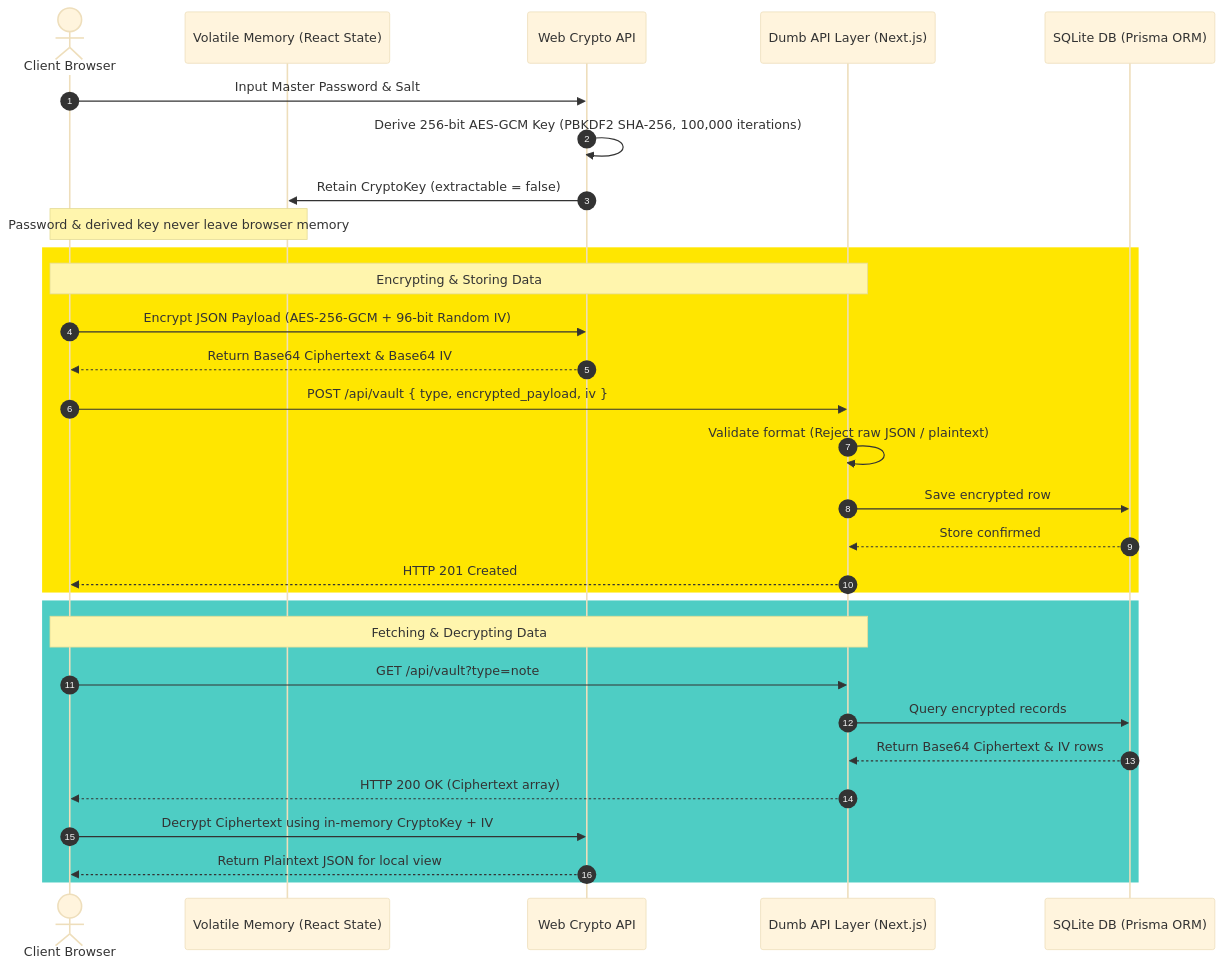
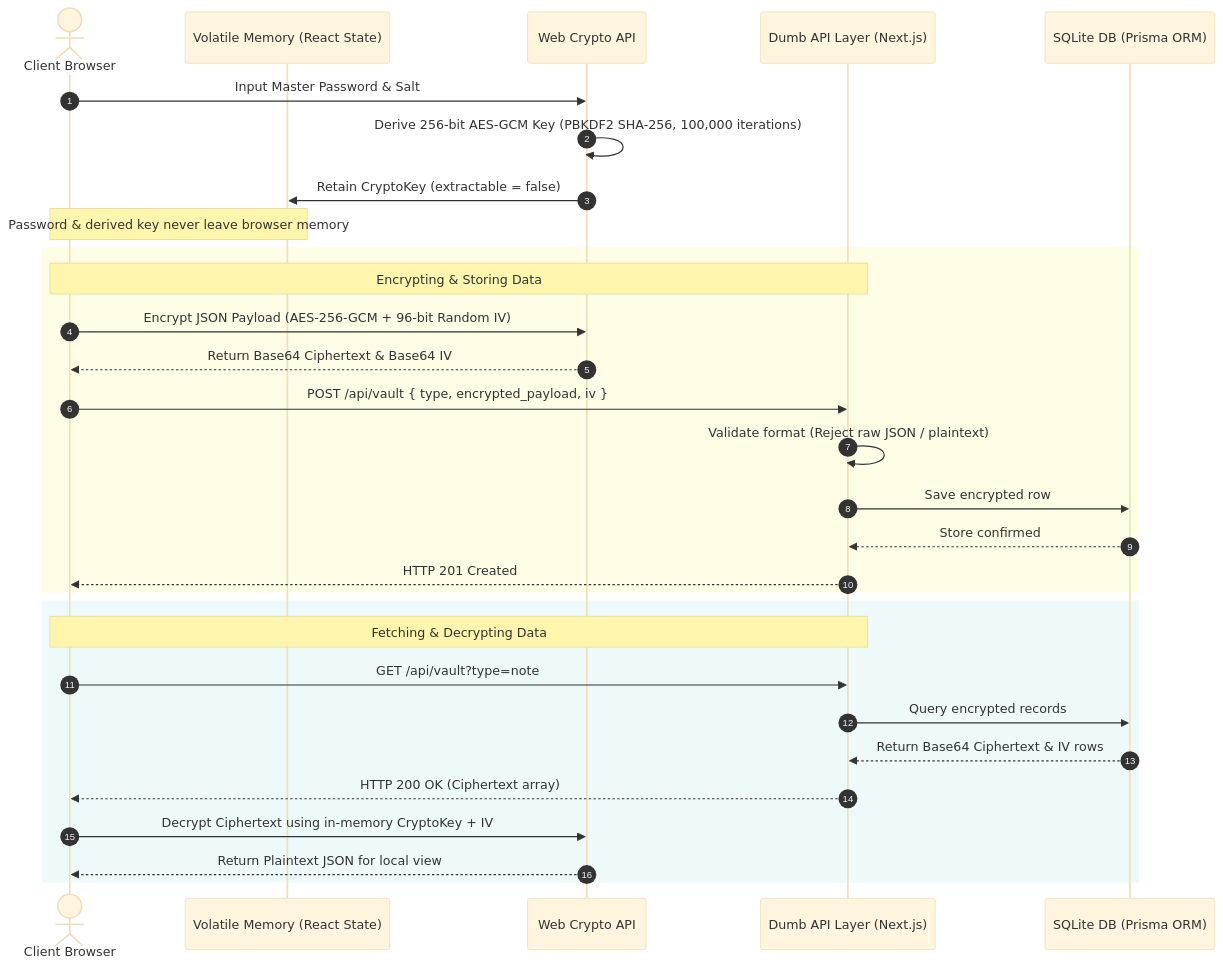
Before and after one commit to Destroyer795/zk-saas-starter: the diagram in README.md, drawn with Mermaid (base theme).

Commit message:
style: soften Mermaid diagram background colors in README

````diff
--- a/README.md
+++ b/README.md
@@ -13,35 +13,35 @@
 ```mermaid
 sequenceDiagram
     autonumber
     actor User as Client Browser
     participant Memory as Volatile Memory (React State)
     participant Crypto as Web Crypto API
     participant API as Dumb API Layer (Next.js)
     participant DB as SQLite DB (Prisma ORM)
 
     User->>Crypto: Input Master Password & Salt
     Crypto->>Crypto: Derive 256-bit AES-GCM Key (PBKDF2 SHA-256, 100,000 iterations)
     Crypto->>Memory: Retain CryptoKey (extractable = false)
     Note over User, Memory: Password & derived key never leave browser memory
 
-    rect rgb(255, 230, 0)
+    rect rgba(255, 230, 0, 0.1)
     Note over User, API: Encrypting & Storing Data
     User->>Crypto: Encrypt JSON Payload (AES-256-GCM + 96-bit Random IV)
     Crypto-->>User: Return Base64 Ciphertext & Base64 IV
     User->>API: POST /api/vault { type, encrypted_payload, iv }
     API->>API: Validate format (Reject raw JSON / plaintext)
     API->>DB: Save encrypted row
     DB-->>API: Store confirmed
     API-->>User: HTTP 201 Created
     end
 
-    rect rgb(78, 205, 196)
+    rect rgba(78, 205, 196, 0.1)
     Note over User, API: Fetching & Decrypting Data
     User->>API: GET /api/vault?type=note
     API->>DB: Query encrypted records
     DB-->>API: Return Base64 Ciphertext & IV rows
     API-->>User: HTTP 200 OK (Ciphertext array)
     User->>Crypto: Decrypt Ciphertext using in-memory CryptoKey + IV
     Crypto-->>User: Return Plaintext JSON for local view
     end
 ```
````
